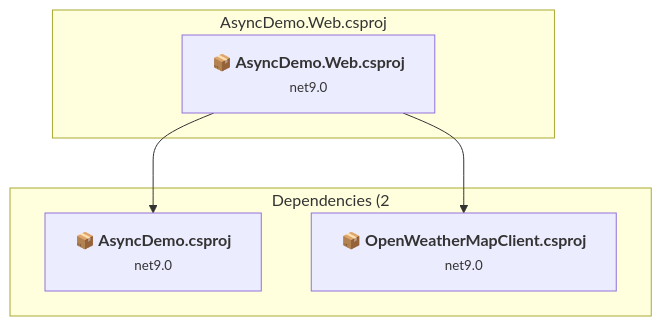
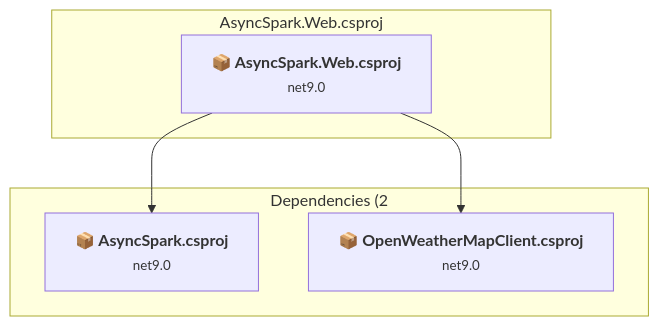
The fourth of 7 diagrams in .github/upgrades/assessment.md (markhazleton/AsyncDemo), drawn with Mermaid before and after one commit. The commit also changed other lines of this file and 230 other files, not shown here.

Commit message:
Rebrand AsyncDemo to AsyncSpark

````diff
--- a/.github/upgrades/assessment.md
+++ b/.github/upgrades/assessment.md
@@ -154,16 +154,16 @@
 ```mermaid
 flowchart TB
-    subgraph current["AsyncDemo.Web.csproj"]
-        MAIN["<b>📦&nbsp;AsyncDemo.Web.csproj</b><br/><small>net9.0</small>"]
-        click MAIN "#asyncdemowebasyncdemowebcsproj"
+    subgraph current["AsyncSpark.Web.csproj"]
+        MAIN["<b>📦&nbsp;AsyncSpark.Web.csproj</b><br/><small>net9.0</small>"]
+        click MAIN "#AsyncSparkwebAsyncSparkwebcsproj"
     end
     subgraph downstream["Dependencies (2"]
-        P1["<b>📦&nbsp;AsyncDemo.csproj</b><br/><small>net9.0</small>"]
+        P1["<b>📦&nbsp;AsyncSpark.csproj</b><br/><small>net9.0</small>"]
         P4["<b>📦&nbsp;OpenWeatherMapClient.csproj</b><br/><small>net9.0</small>"]
-        click P1 "#asyncdemoasyncdemocsproj"
+        click P1 "#AsyncSparkAsyncSparkcsproj"
         click P4 "#openweathermapclientopenweathermapclientcsproj"
     end
     MAIN --> P1
     MAIN --> P4
 
 ```
````
